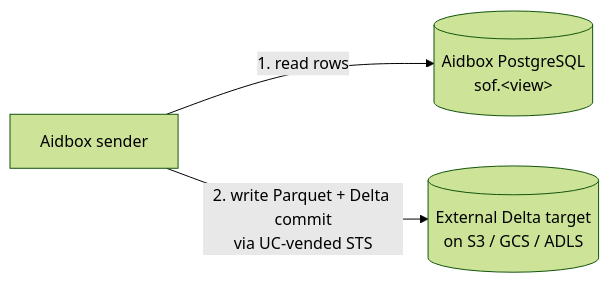
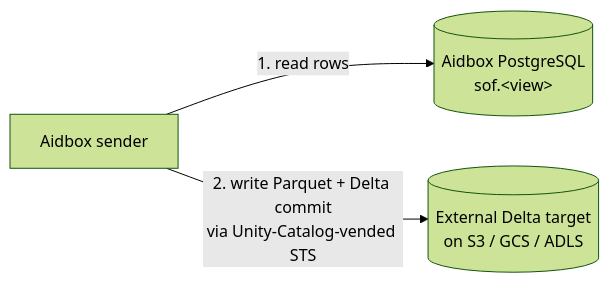
Before and after one commit to HealthSamurai/aidbox-docs: the sixth of 6 diagrams in docs/tutorials/subscriptions-tutorials/data-lakehouse-aidboxtopicdestination.md, drawn with Mermaid (forest theme). The commit also changed other lines of this file, not shown here.

````diff
--- a/docs/tutorials/subscriptions-tutorials/data-lakehouse-aidboxtopicdestination.md
+++ b/docs/tutorials/subscriptions-tutorials/data-lakehouse-aidboxtopicdestination.md
@@ -983,9 +986,9 @@
 ```mermaid
 graph LR
     PG[(Aidbox PostgreSQL<br/>sof.&lt;view&gt;)]:::neutral2
     M[Aidbox sender]:::blue2
     Target[(External Delta target<br/>on S3 / GCS / ADLS)]:::violet2
 
     M -- 1. read rows --> PG
-    M -- 2. write Parquet + Delta commit<br/>via UC-vended STS --> Target
+    M -- 2. write Parquet + Delta commit<br/>via Unity-Catalog-vended STS --> Target
 ```
````
